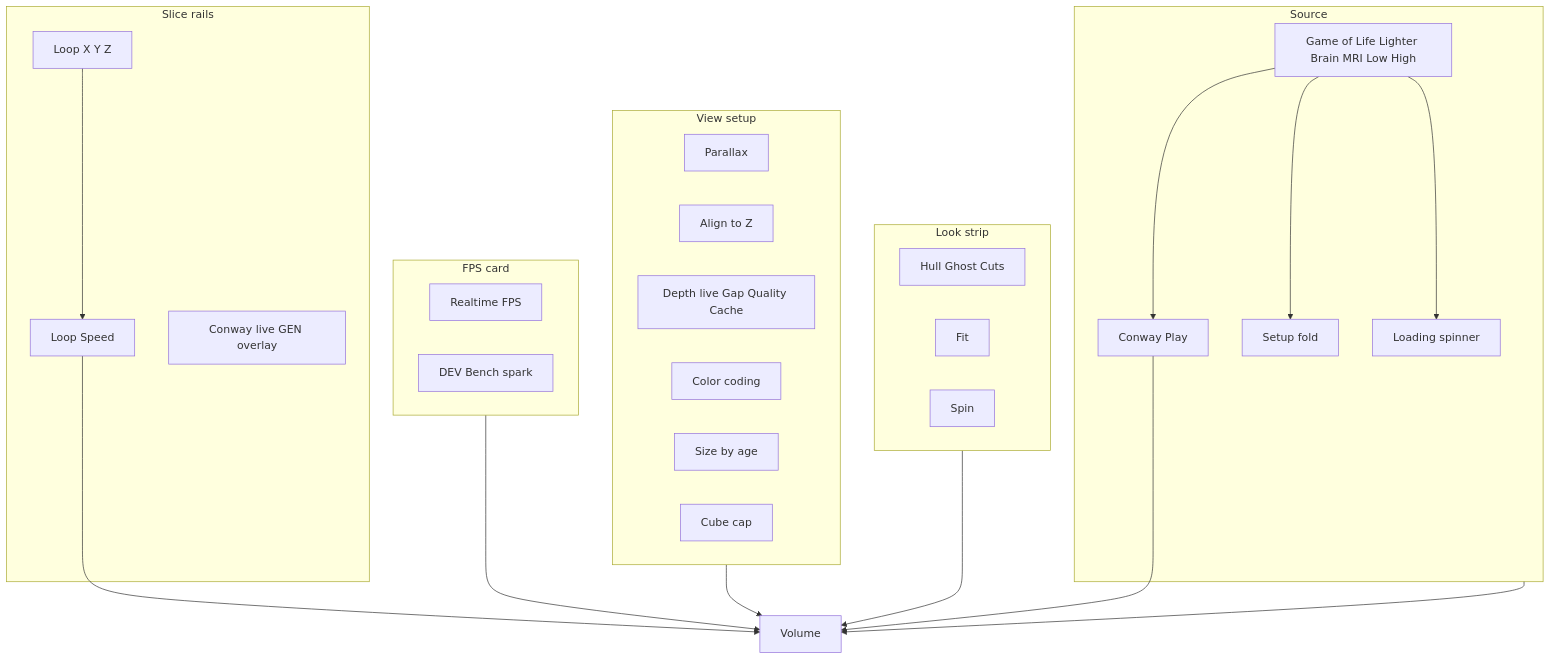
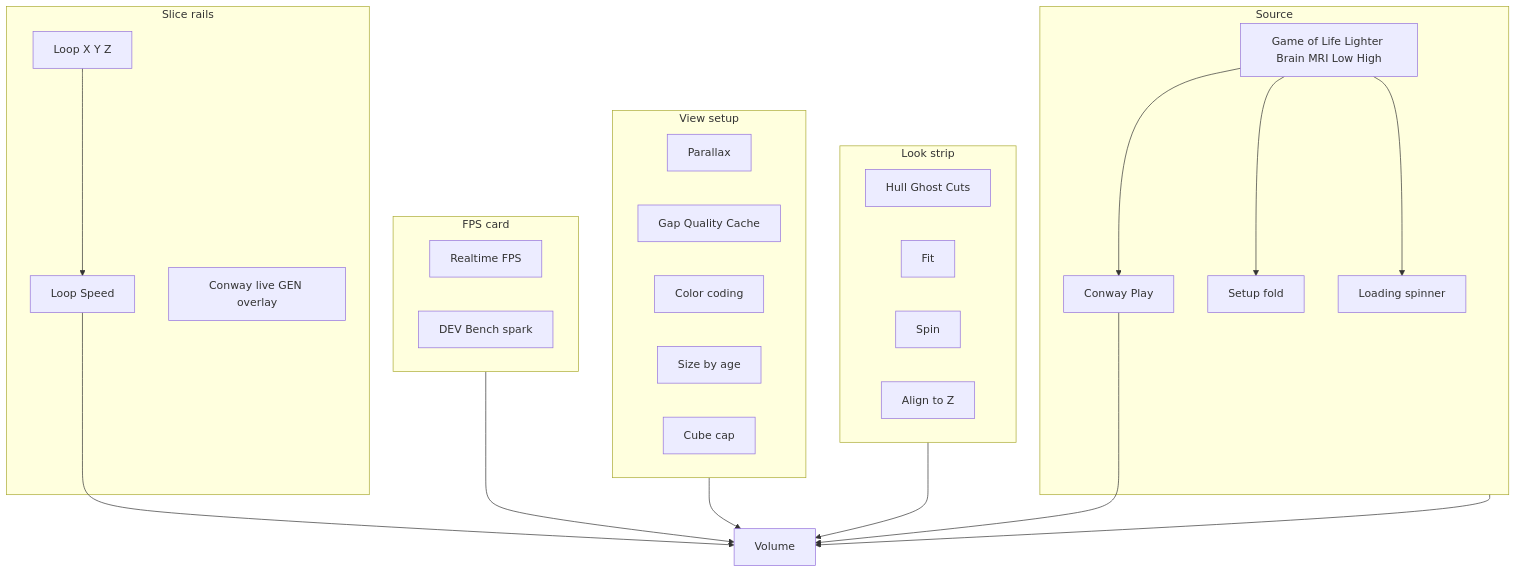
Before and after one commit to PiMaV/DONNER: the seventh of 25 diagrams in docs/gui.md, drawn with Mermaid. The commit also changed other lines of this file and 31 other files, not shown here.

````diff
--- a/docs/gui.md
+++ b/docs/gui.md
@@ -226,41 +229,41 @@
 ```mermaid
 flowchart TB
   subgraph look [Look strip]
     shade[Hull Ghost Cuts]
     fitBtn[Fit]
     spinBtn[Spin]
+    align[Align to Z]
   end
   subgraph view [View setup]
     bird[Parallax]
-    align[Align to Z]
-    win[Depth live Gap Quality Cache]
+    win[Gap Quality Cache]
     color[Color coding]
     stab[Size by age]
     cap[Cube cap]
   end
   subgraph hud [FPS card]
     fps[Realtime FPS]
     bench[DEV Bench spark]
   end
   subgraph source [Source]
     kind[Game of Life Lighter Brain MRI Low High]
     golPlay[Conway Play]
     setup[Setup fold]
     load[Loading spinner]
   end
   subgraph rails [Slice rails]
     play[Loop Speed]
     axes[Loop X Y Z]
     gen[Conway live GEN overlay]
   end
   look --> volume[Volume]
   view --> volume
   hud --> volume
   play --> volume
   golPlay --> volume
   source --> volume
   kind --> golPlay
   kind --> setup
   kind --> load
   axes --> play
 ```
````
